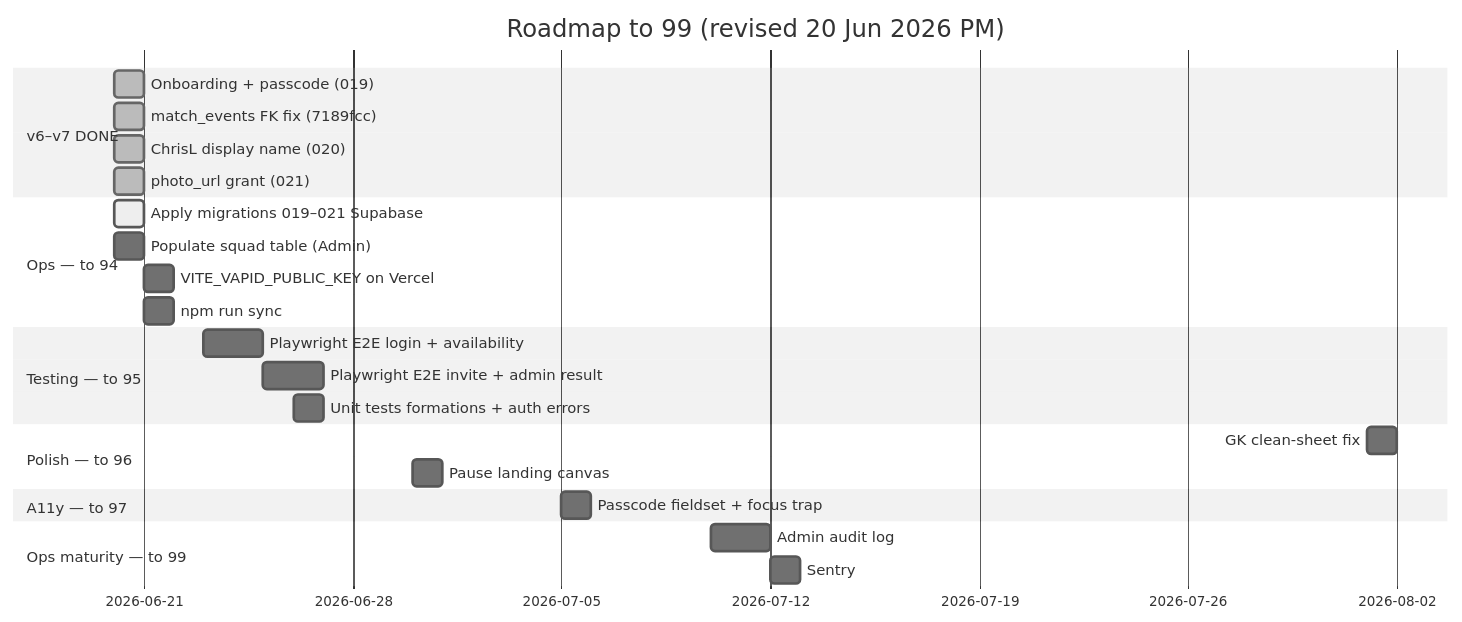
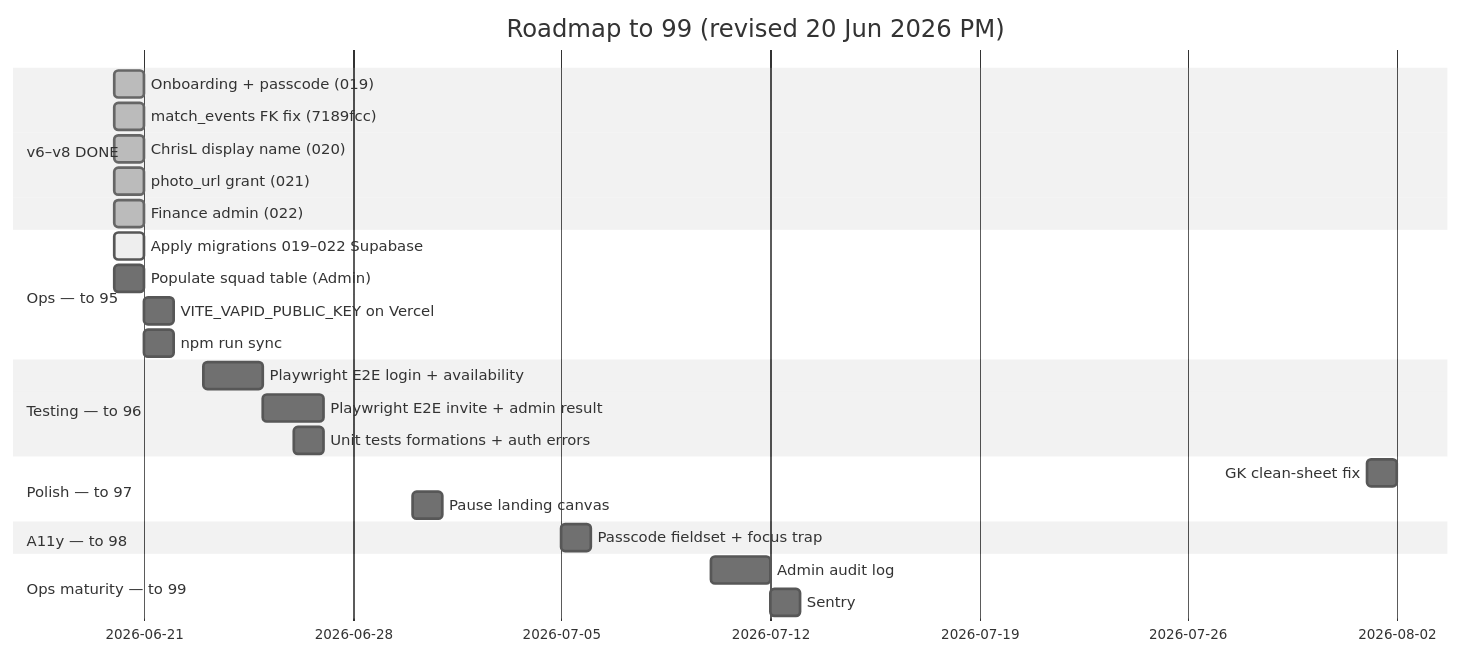
One commit to lewisjakewhite26/bmfcapp changed the diagram in docs/ROADMAP-99.md. Above: the diagram before and after it, drawn with Mermaid (neutral theme). The commit also changed other lines of this file and 1 other file, not shown here.

First line of the commit message:
Update audit v8 and roadmap after Finance admin.

````diff
--- a/docs/ROADMAP-99.md
+++ b/docs/ROADMAP-99.md
@@ -49,27 +50,28 @@
 ```mermaid
 gantt
     title Roadmap to 99 (revised 20 Jun 2026 PM)
     dateFormat  YYYY-MM-DD
-    section v6–v7 DONE
+    section v6–v8 DONE
     Onboarding + passcode (019)           :done, v6, 2026-06-20, 1d
     match_events FK fix (7189fcc)         :done, v7a, 2026-06-20, 1d
     ChrisL display name (020)             :done, v7b, 2026-06-20, 1d
     photo_url grant (021)                 :done, v7c, 2026-06-20, 1d
-    section Ops — to 94
-    Apply migrations 019–021 Supabase     :active, ops1, 2026-06-20, 1d
+    Finance admin (022)                   :done, v8, 2026-06-20, 1d
+    section Ops — to 95
+    Apply migrations 019–022 Supabase     :active, ops1, 2026-06-20, 1d
     Populate squad table (Admin)          :ops2, 2026-06-20, 1d
     VITE_VAPID_PUBLIC_KEY on Vercel       :ops3, 2026-06-21, 1d
     npm run sync:ddsfl                      :ops4, 2026-06-21, 1d
-    section Testing — to 95
+    section Testing — to 96
     Playwright E2E login + availability   :t1, 2026-06-23, 2d
     Playwright E2E invite + admin result  :t2, 2026-06-25, 2d
     Unit tests formations + auth errors   :t3, 2026-06-26, 1d
-    section Polish — to 96
+    section Polish — to 97
     GK clean-sheet fix                    :p1, 2026-08-01, 1d
     Pause landing canvas                  :p2, 2026-06-30, 1d
-    section A11y — to 97
+    section A11y — to 98
     Passcode fieldset + focus trap        :a1, 2026-07-05, 1d
     section Ops maturity — to 99
     Admin audit log                       :o1, 2026-07-10, 2d
     Sentry                                :o2, 2026-07-12, 1d
 ```
````
